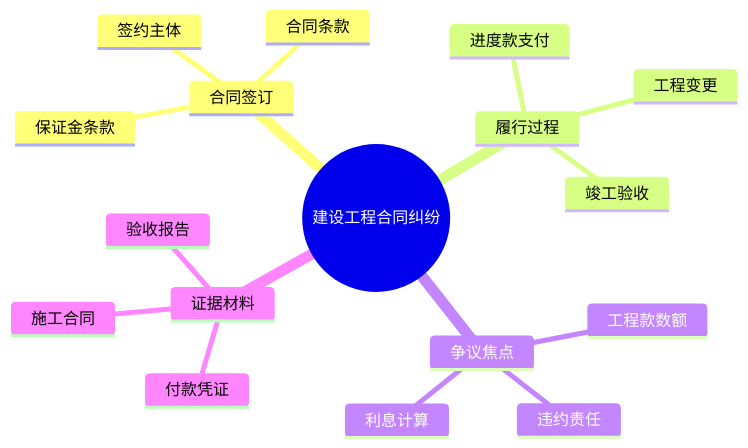
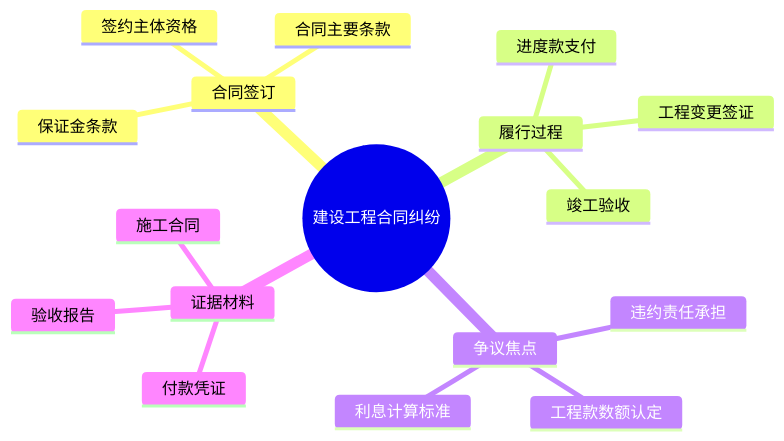
One commit to daixin877889/LexSeek changed diagram 14 of 25 in .deepagents/skills/litigation-visualization/SKILL.md. Above: the diagram before and after it, drawn with Mermaid. The commit also changed other lines of this file and 10 other files, not shown here.

````diff
--- a/.deepagents/skills/litigation-visualization/SKILL.md
+++ b/.deepagents/skills/litigation-visualization/SKILL.md
@@ -140,25 +532,25 @@
 ```mermaid
 %%{init: {'themeVariables': {
   'primaryColor': '#F3E5F5',
   'primaryTextColor': '#000000',
   'primaryBorderColor': '#9C27B0'
 }}}%%
 mindmap
   root((建设工程合同纠纷))
     合同签订
-      签约主体
-      合同条款
+      签约主体资格
+      合同主要条款
       保证金条款
     履行过程
       进度款支付
-      工程变更
+      工程变更签证
       竣工验收
     争议焦点
-      工程款数额
-      违约责任
-      利息计算
+      工程款数额认定
+      违约责任承担
+      利息计算标准
     证据材料
       施工合同
       付款凭证
       验收报告
 ```
````
